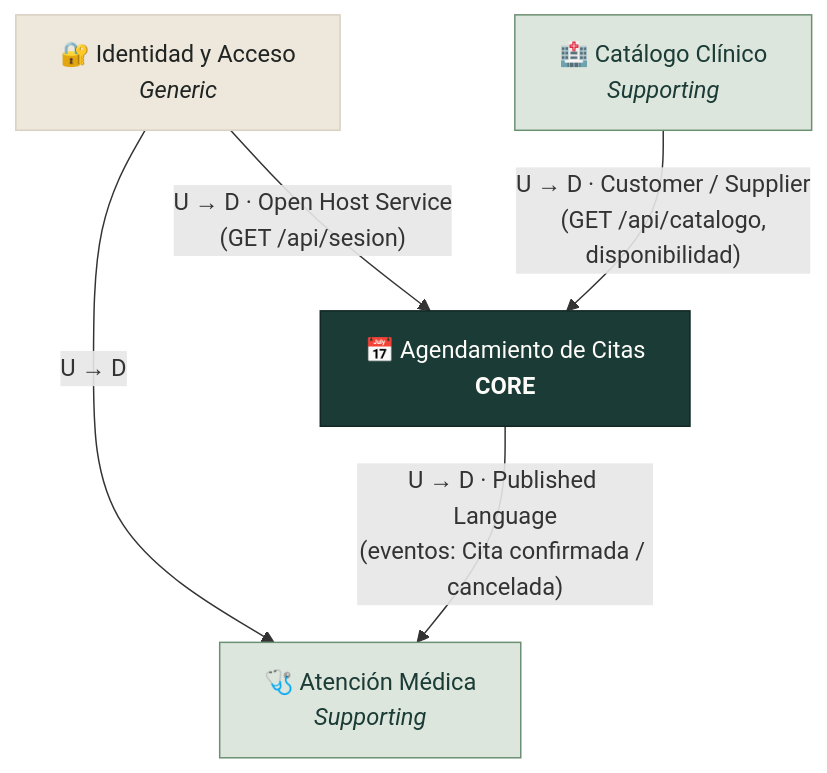
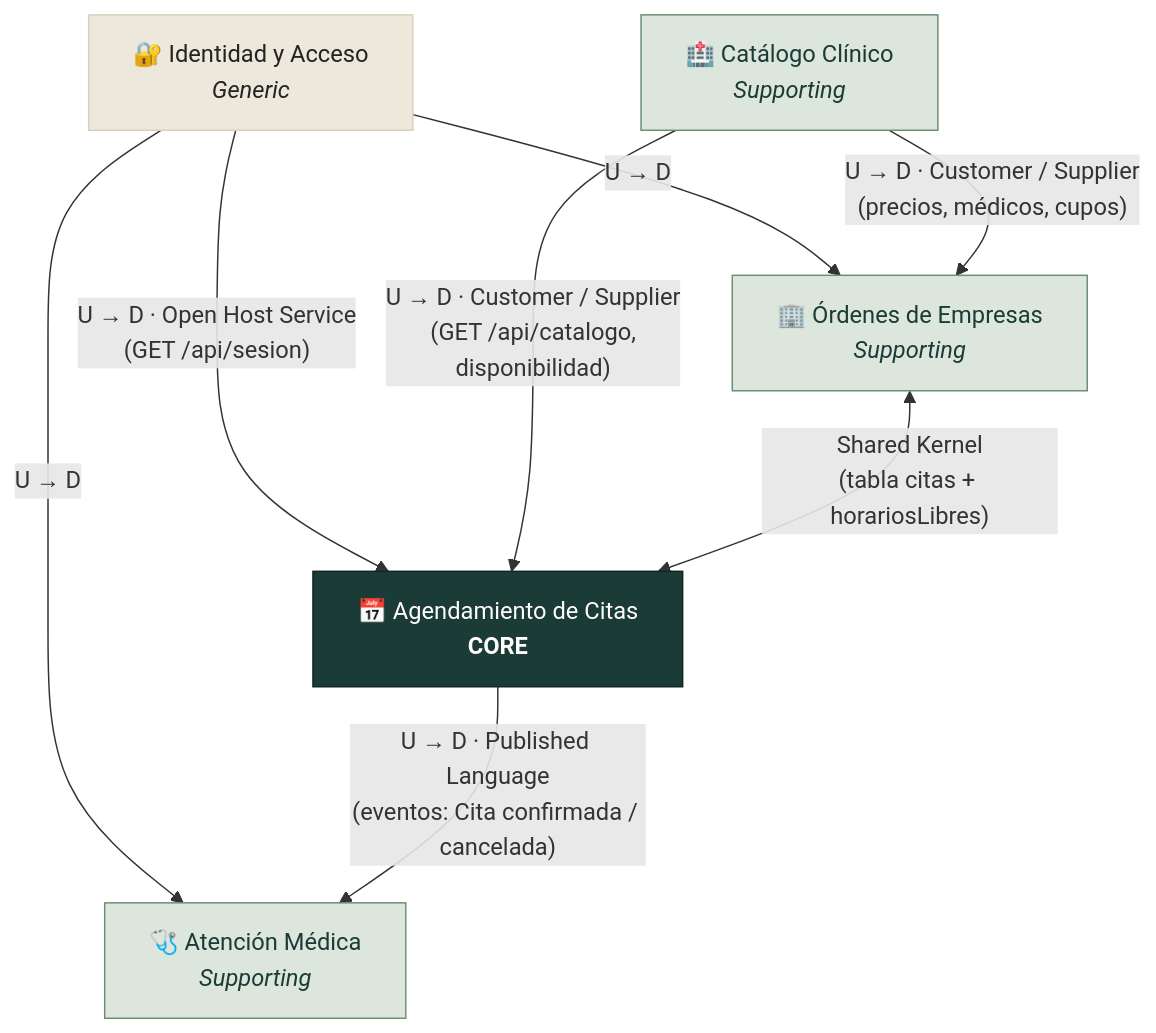
One commit to fox123abc/Clinica changed diagram 12 of 12 in docs/DDD-EVENT-STORMING.md. Above: the diagram before and after it, drawn with Mermaid. The commit also changed other lines of this file and 11 other files, not shown here.

First line of the commit message:
Documenta las órdenes de empresas en DDD / Event Storming y el nuevo diseño

````diff
--- a/docs/DDD-EVENT-STORMING.md
+++ b/docs/DDD-EVENT-STORMING.md
@@ -459,19 +686,23 @@
 ```mermaid
 flowchart TB
     IA["🔐 Identidad y Acceso<br/><i>Generic</i>"]
     CC["🏥 Catálogo Clínico<br/><i>Supporting</i>"]
     AC["📅 Agendamiento de Citas<br/><b>CORE</b>"]
     AM["🩺 Atención Médica<br/><i>Supporting</i>"]
+    OE["🏢 Órdenes de Empresas<br/><i>Supporting</i>"]
 
     IA -- "U → D · Open Host Service<br/>(GET /api/sesion)" --> AC
     IA -- "U → D" --> AM
+    IA -- "U → D" --> OE
     CC -- "U → D · Customer / Supplier<br/>(GET /api/catalogo,<br/>disponibilidad)" --> AC
+    CC -- "U → D · Customer / Supplier<br/>(precios, médicos, cupos)" --> OE
     AC -- "U → D · Published Language<br/>(eventos: Cita confirmada / cancelada)" --> AM
+    OE <-->|"Shared Kernel<br/>(tabla citas + horariosLibres)"| AC
 
     classDef core fill:#1B3B36,stroke:#122723,color:#FFFDF9
     classDef soporte fill:#DCE6DC,stroke:#6B8F71,color:#1B3B36
     classDef generico fill:#EDE7DC,stroke:#D8D0C0,color:#202422
     class AC core
-    class CC,AM soporte
+    class CC,AM,OE soporte
     class IA generico
 ```
````
